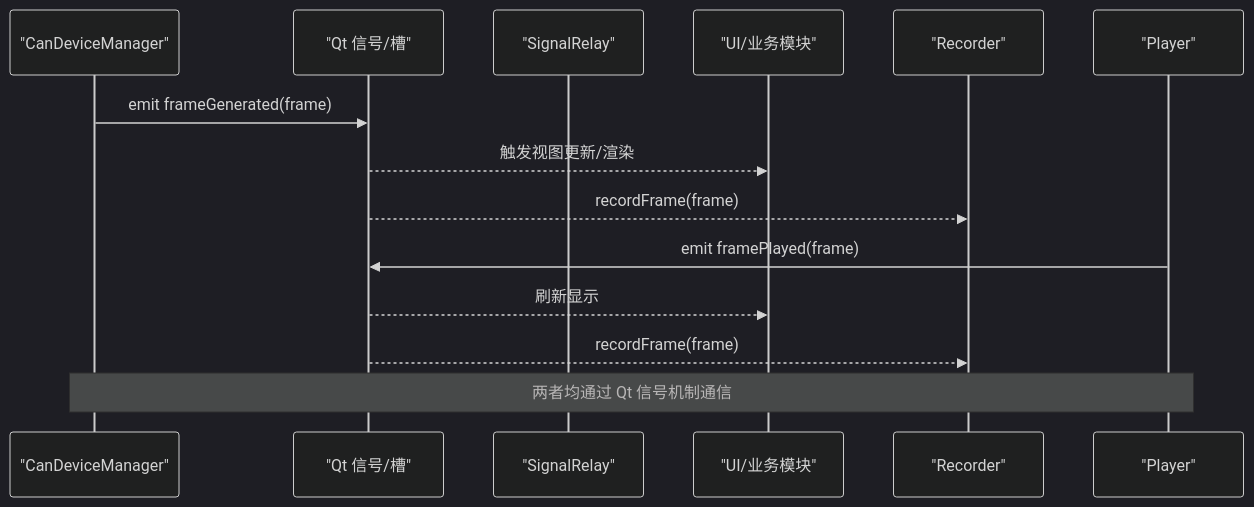
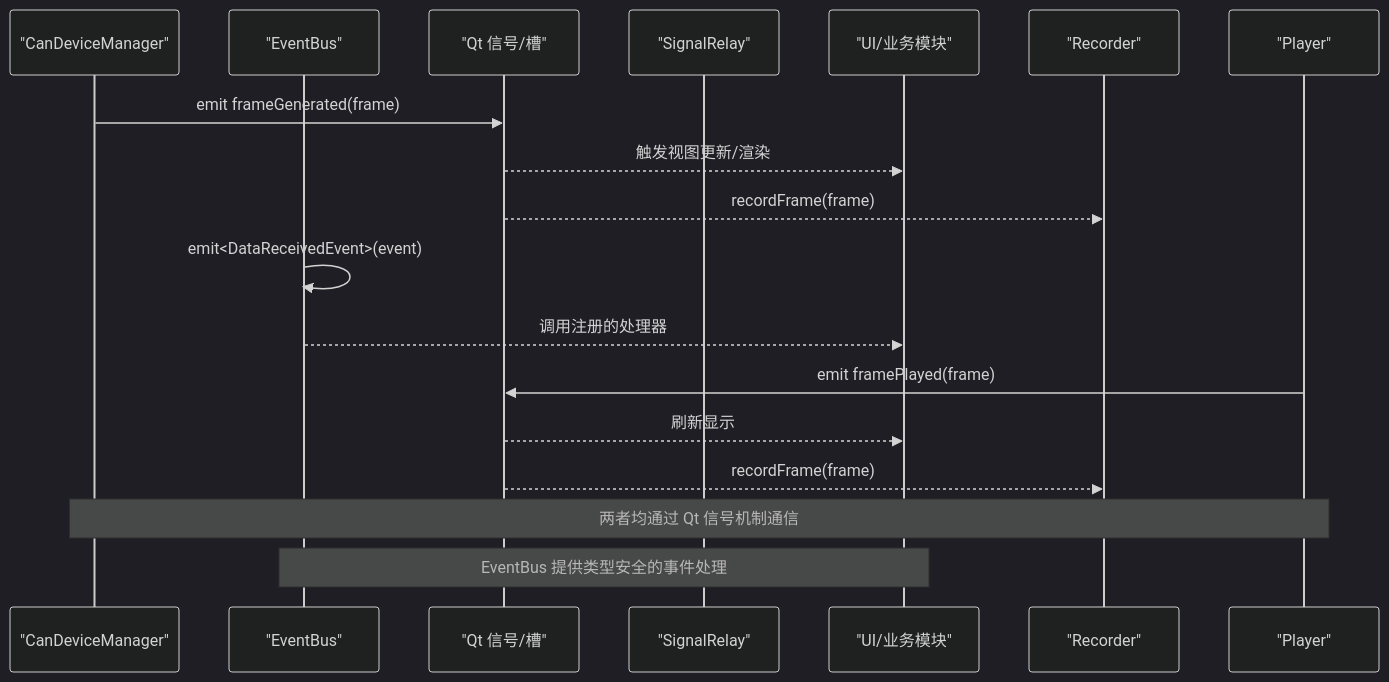
The second of 8 diagrams in .qoder/repowiki/zh/content/核心模块详解/事件总线系统.md (jakecai1225-design/OpenBus), drawn with Mermaid (dark theme) before and after one commit. The commit also changed other lines of this file and 151 other files, not shown here.

````diff
--- a/.qoder/repowiki/zh/content/核心模块详解/事件总线系统.md
+++ b/.qoder/repowiki/zh/content/核心模块详解/事件总线系统.md
@@ -107,16 +125,20 @@
 ```mermaid
 sequenceDiagram
 participant Dev as "CanDeviceManager"
+participant EB as "EventBus"
 participant Q as "Qt 信号/槽"
 participant R as "SignalRelay"
 participant UI as "UI/业务模块"
 participant Rec as "Recorder"
 participant Player as "Player"
 Dev->>Q : emit frameGenerated(frame)
 Q-->>UI : 触发视图更新/渲染
 Q-->>Rec : recordFrame(frame)
+EB->>EB : emit<DataReceivedEvent>(event)
+EB-->>UI : 调用注册的处理器
 Player->>Q : emit framePlayed(frame)
 Q-->>UI : 刷新显示
 Q-->>Rec : recordFrame(frame)
 Note over Dev,Player : 两者均通过 Qt 信号机制通信
+Note over EB,UI : EventBus 提供类型安全的事件处理
 ```
````
